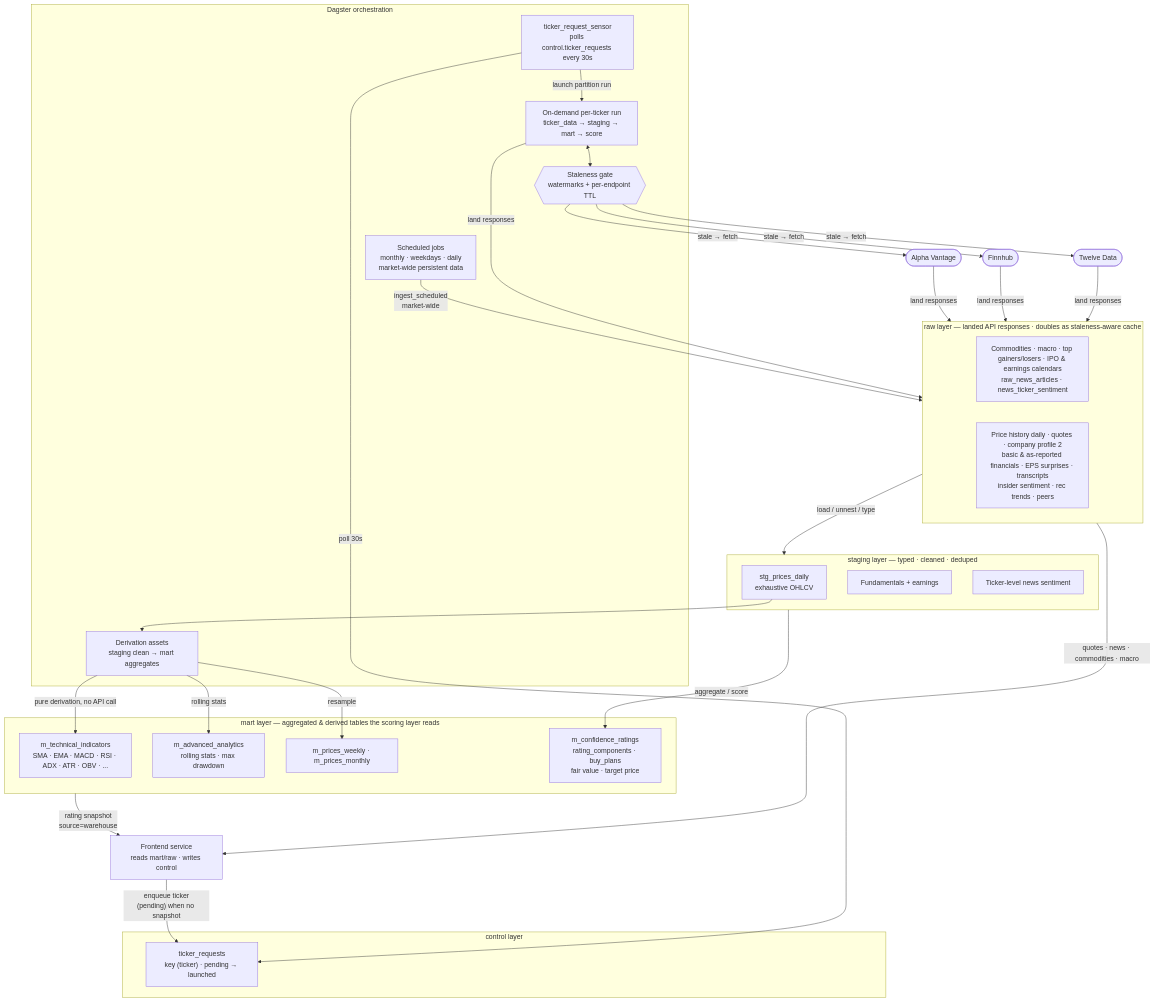
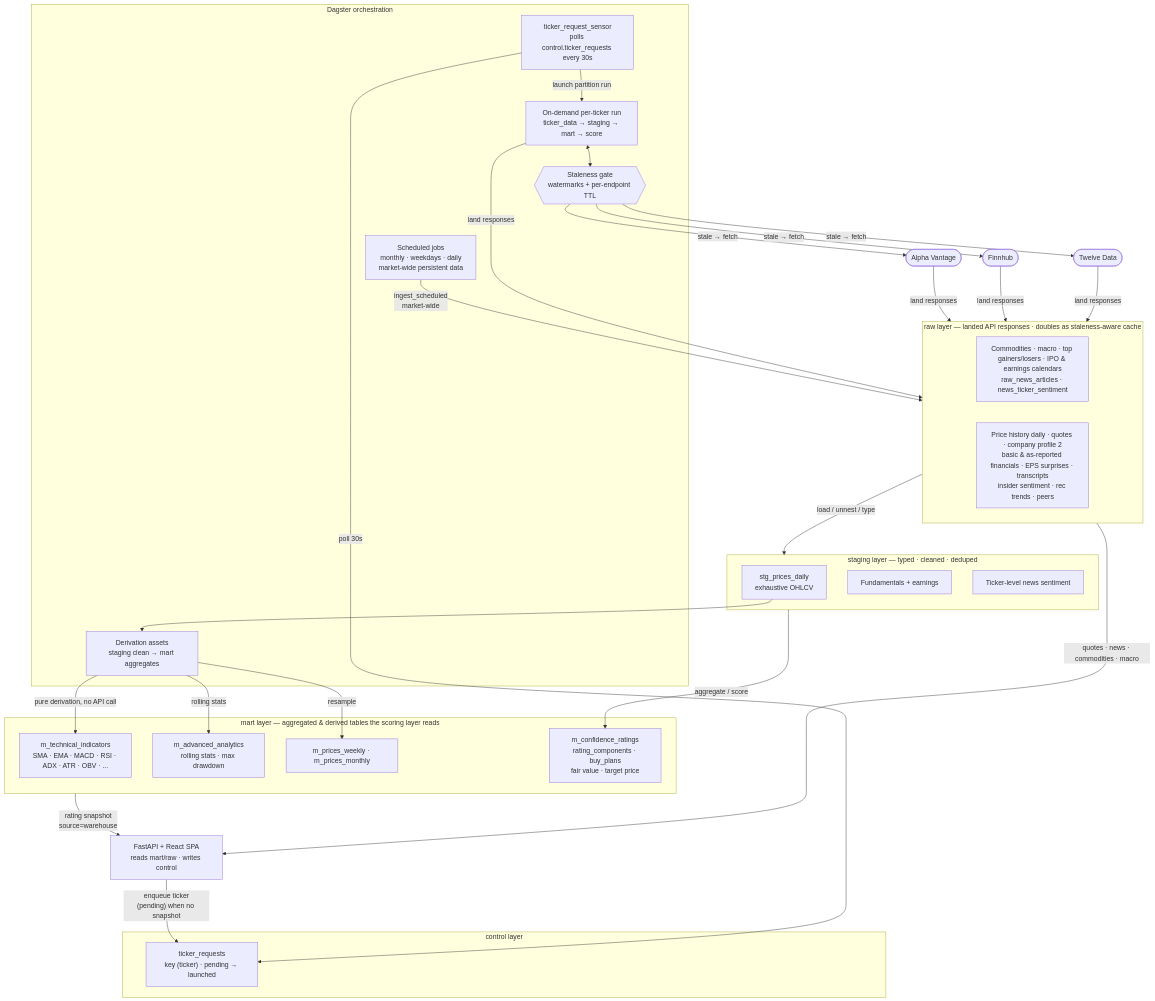
Before and after one commit to beavan-james/Stockidence: the diagram in ARCHITECTURE.md, drawn with Mermaid. The commit also changed other lines of this file and 26 other files, not shown here.

First line of the commit message:
cutover: remove the Reflex app, docs now describe FastAPI + React SPA

````diff
--- a/ARCHITECTURE.md
+++ b/ARCHITECTURE.md
@@ -44,59 +44,59 @@
 ```mermaid
 flowchart TD
     AV(["Alpha Vantage"])
     FH(["Finnhub"])
     TD(["Twelve Data"])
 
     subgraph ORCH["Dagster orchestration"]
         SCHED["Scheduled jobs<br/>monthly · weekdays · daily<br/>market-wide persistent data"]
         SENSOR["ticker_request_sensor<br/>polls control.ticker_requests every 30s"]
         RUN["On-demand per-ticker run<br/>ticker_data → staging → mart → score"]
         GATE{{"Staleness gate<br/>watermarks + per-endpoint TTL"}}
         TI["Derivation assets<br/>staging clean → mart aggregates"]
     end
 
     subgraph CONTROL["control layer"]
         Q["ticker_requests<br/>key (ticker) · pending → launched"]
     end
 
     subgraph RAW["raw layer — landed API responses · doubles as staleness-aware cache"]
         R_PERS["Commodities · macro · top gainers/losers · IPO & earnings calendars<br/>raw_news_articles · news_ticker_sentiment"]
         R_PRC["Price history daily · quotes · company profile 2<br/>basic & as-reported financials · EPS surprises · transcripts<br/>insider sentiment · rec trends · peers"]
     end
 
     subgraph STG["staging layer — typed · cleaned · deduped"]
         S_PRC["stg_prices_daily<br/>exhaustive OHLCV"]
         S_FUND["Fundamentals + earnings"]
         S_NEWS["Ticker-level news sentiment"]
     end
 
     subgraph MART["mart layer — aggregated & derived tables the scoring layer reads"]
         M_TECH["m_technical_indicators<br/>SMA · EMA · MACD · RSI · ADX · ATR · OBV · ..."]
         M_ADV["m_advanced_analytics<br/>rolling stats · max drawdown"]
         M_RESH["m_prices_weekly · m_prices_monthly"]
         M_RATING["m_confidence_ratings<br/>rating_components · buy_plans<br/>fair value · target price"]
     end
 
-    UI["Frontend service<br/>reads mart/raw · writes control"]
+    UI["FastAPI + React SPA<br/>reads mart/raw · writes control"]
 
     SCHED -->|"ingest_scheduled<br/>market-wide"| RAW
     UI -->|"enqueue ticker<br/>(pending) when no snapshot"| Q
     SENSOR -->|"poll 30s"| Q
     SENSOR -->|"launch partition run"| RUN
     RUN <--> GATE
     GATE -->|"stale → fetch"| AV
     GATE -->|"stale → fetch"| FH
     GATE -->|"stale → fetch"| TD
     AV & FH & TD -->|"land responses"| RAW
     RUN -->|"land responses"| RAW
 
     RAW -->|"load / unnest / type"| STG
     S_PRC --> TI
     TI -->|"pure derivation, no API call"| M_TECH
     TI -->|"resample"| M_RESH
     TI -->|"rolling stats"| M_ADV
     STG -->|"aggregate / score"| M_RATING
 
     MART -->|"rating snapshot<br/>source=warehouse"| UI
     RAW -->|"quotes · news · commodities · macro"| UI
 ```
````
